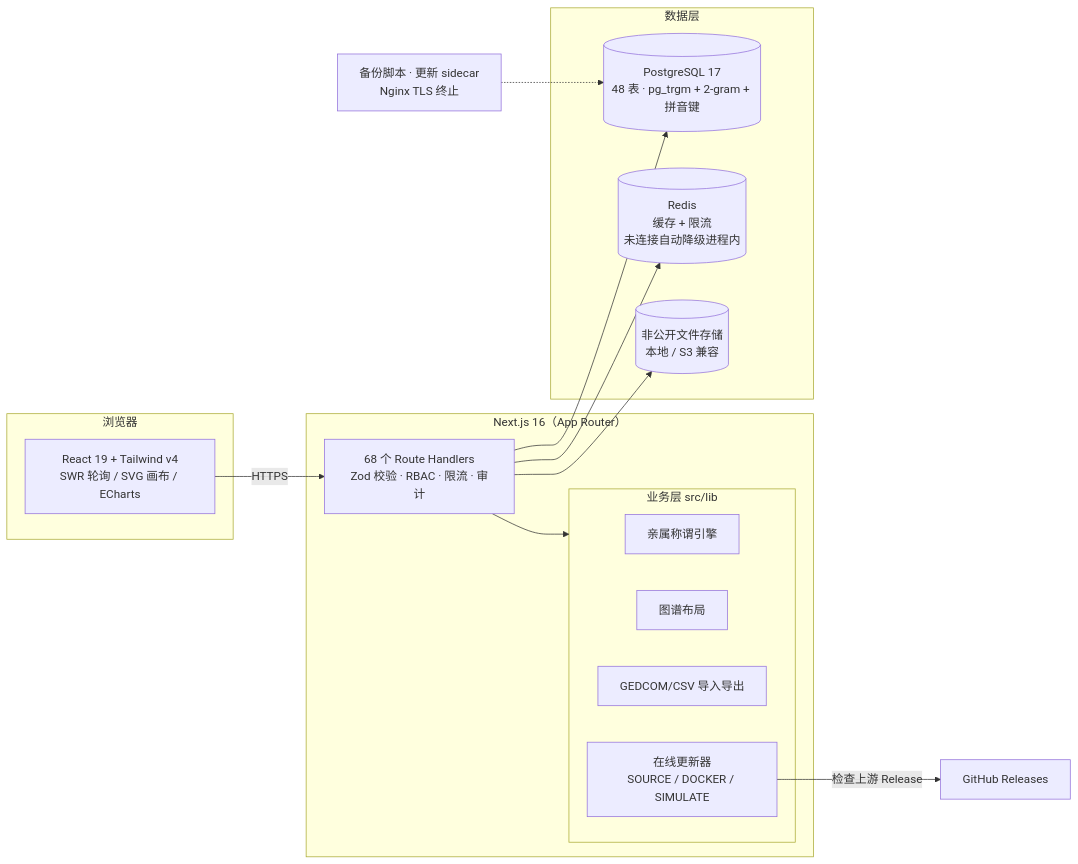
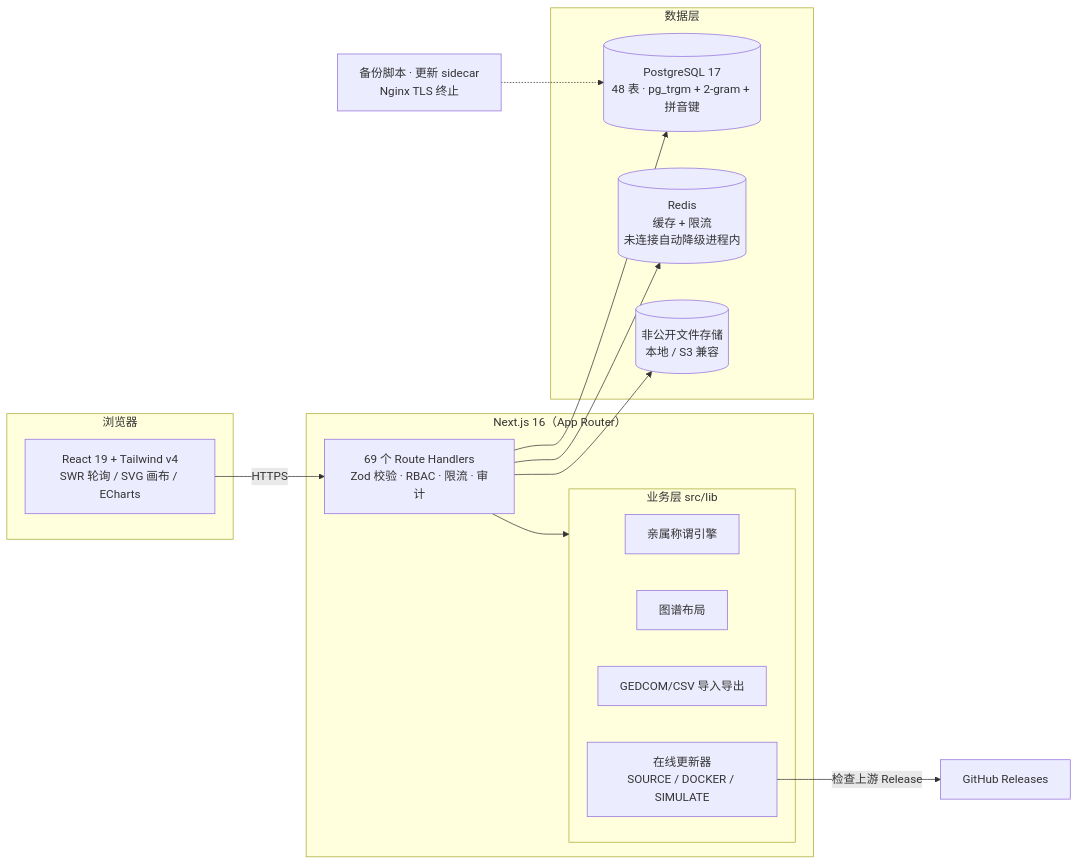
Before and after one commit to yuchen0x1/Family-Genealogy-of-Hundreds-of-Clans: the diagram in README.md, drawn with Mermaid. The commit also changed other lines of this file and 26 other files, not shown here.

````diff
--- a/README.md
+++ b/README.md
@@ -204,29 +204,29 @@
 ```mermaid
 flowchart LR
     subgraph client["浏览器"]
         UI["React 19 + Tailwind v4<br/>SWR 轮询 / SVG 画布 / ECharts"]
     end
     subgraph app["Next.js 16（App Router）"]
-        R["68 个 Route Handlers<br/>Zod 校验 · RBAC · 限流 · 审计"]
+        R["69 个 Route Handlers<br/>Zod 校验 · RBAC · 限流 · 审计"]
         subgraph biz["业务层 src/lib"]
             K["亲属称谓引擎"]
             G["图谱布局"]
             IO["GEDCOM/CSV 导入导出"]
             U["在线更新器<br/>SOURCE / DOCKER / SIMULATE"]
         end
     end
     subgraph data["数据层"]
         PG[("PostgreSQL 17<br/>48 表 · pg_trgm + 2-gram + 拼音键")]
         RD[("Redis<br/>缓存 + 限流<br/>未连接自动降级进程内")]
         FS[("非公开文件存储<br/>本地 / S3 兼容")]
     end
     OPS["备份脚本 · 更新 sidecar<br/>Nginx TLS 终止"]
 
     UI -->|HTTPS| R
     R --> biz
     R --> PG
     R --> RD
     R --> FS
     U -->|检查上游 Release| GH["GitHub Releases"]
     OPS -.-> PG
 ```
````
